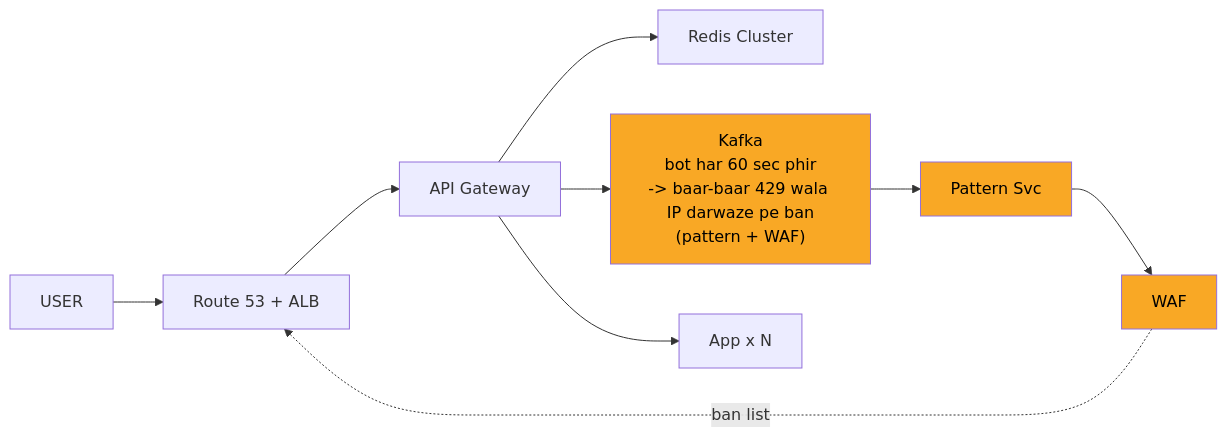
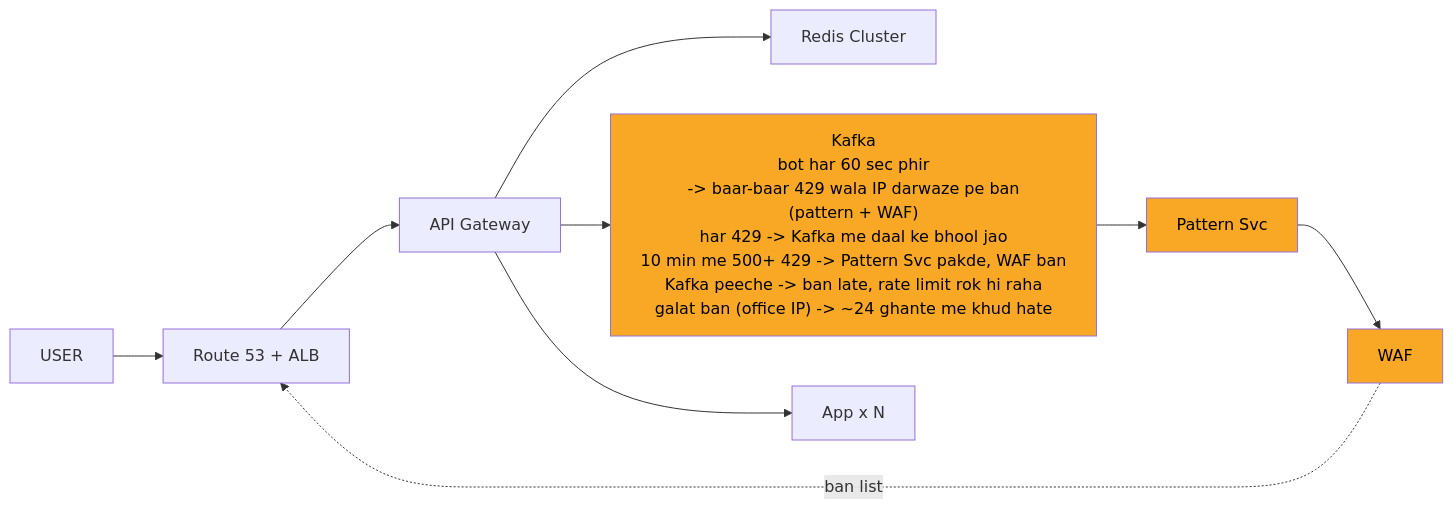
The seventh of 11 diagrams in 04_HLD/SYSTEM_DESIGNS/02_rate_limiter/02_rate_limiter.md (ArpanMaheshwari144/Prep), drawn with Mermaid before and after one commit. The commit also changed other lines of this file and 12 other files, not shown here.

Commit message:
hld 02-14: peele dabbe me SAFAR ke mod + diagram chauda (wrappingWidth 450)

````diff
--- a/04_HLD/SYSTEM_DESIGNS/02_rate_limiter/02_rate_limiter.md
+++ b/04_HLD/SYSTEM_DESIGNS/02_rate_limiter/02_rate_limiter.md
@@ -288,22 +294,23 @@
 ```mermaid
+%%{init: {"flowchart": {"wrappingWidth": 450}}}%%
 flowchart LR
     n_USER["USER"]
     n_EDGE["Route 53 + ALB"]
     n_API_Gateway["API Gateway"]
     n_Redis_Cluster["Redis Cluster"]
-    n_Kafka["Kafka<br/>bot har 60 sec phir<br/>-> baar-baar 429 wala IP darwaze pe ban<br/>(pattern + WAF)"]
+    n_Kafka["Kafka<br/>bot har 60 sec phir<br/>-> baar-baar 429 wala IP darwaze pe ban<br/>(pattern + WAF)<br/>har 429 -> Kafka me daal ke bhool jao<br/>10 min me 500+ 429 -> Pattern Svc pakde, WAF ban<br/>Kafka peeche -> ban late, rate limit rok hi raha<br/>galat ban (office IP) -> ~24 ghante me khud hate"]
     n_Pattern_Svc["Pattern Svc"]
     n_WAF["WAF"]
     n_App_xN["App x N"]
     n_EDGE --> n_API_Gateway
     n_API_Gateway --> n_Redis_Cluster
     n_API_Gateway --> n_App_xN
     n_Kafka --> n_Pattern_Svc
     n_Pattern_Svc --> n_WAF
     n_API_Gateway --> n_Kafka
     n_USER --> n_EDGE
     n_WAF -.->|ban list| n_EDGE
     style n_Kafka fill:#f9a825,color:#000
     style n_Pattern_Svc fill:#f9a825,color:#000
     style n_WAF fill:#f9a825,color:#000
 ```
````
